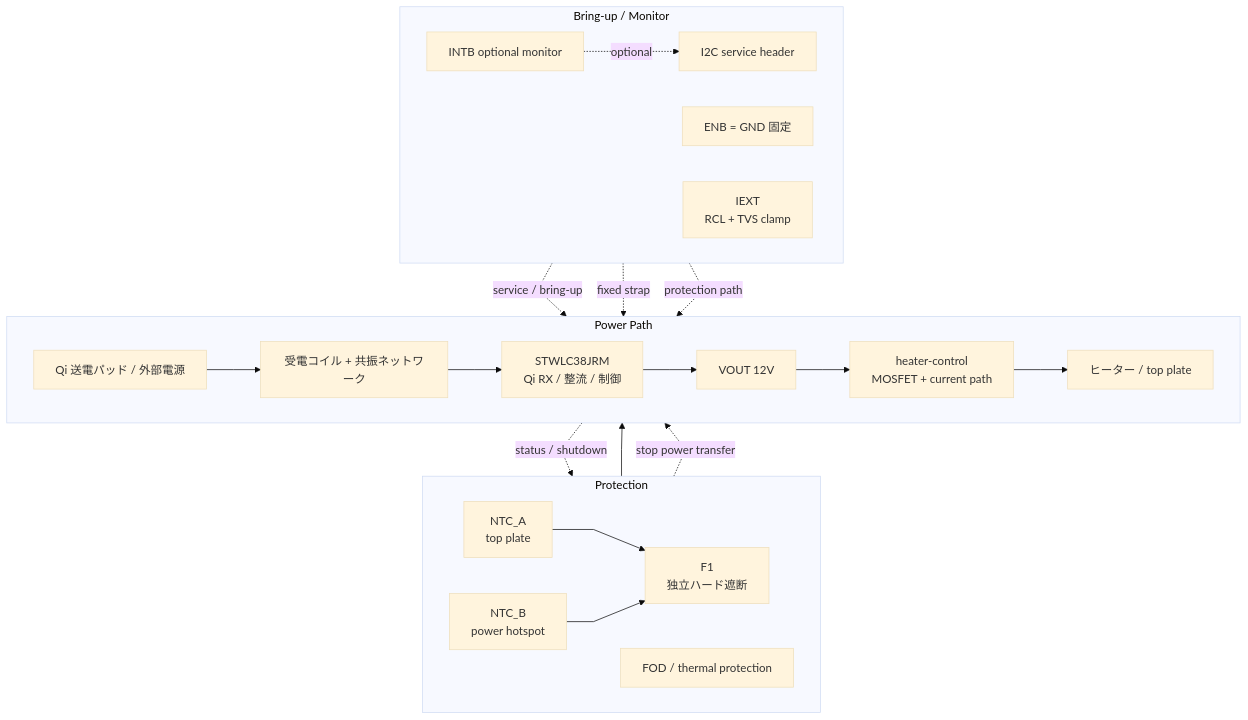
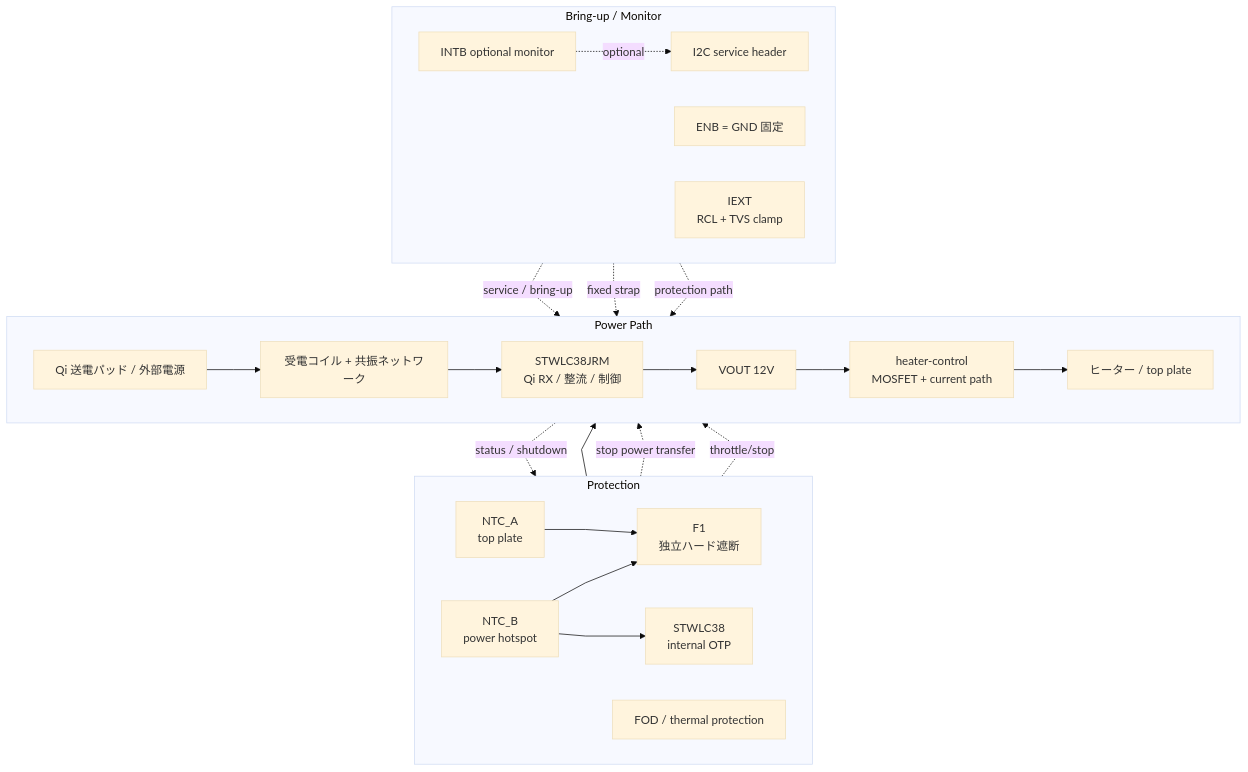
One commit to mash/cupwarmer changed the diagram in docs/design-notes.md. Above: the diagram before and after it, drawn with Mermaid (base theme). The commit also changed other lines of this file and 3 other files, not shown here.

First line of the commit message:
Tie TH2 to RX_NTC for STWLC38 internal OTP coverage

````diff
--- a/docs/design-notes.md
+++ b/docs/design-notes.md
@@ -61,47 +61,50 @@
 ```mermaid
 %%{init: {'flowchart': {'curve': 'linear'}}}%%
 flowchart TB
     subgraph POWER[Power Path]
         direction LR
         TX[Qi 送電パッド / 外部電源]
         COIL[受電コイル + 共振ネットワーク]
         RX[STWLC38JRM<br/>Qi RX / 整流 / 制御]
         VOUT[VOUT 12V]
         GATE[heater-control<br/>MOSFET + current path]
         HEATER[ヒーター / top plate]
 
         TX --> COIL
         COIL --> RX
         RX --> VOUT
         VOUT --> GATE
         GATE --> HEATER
     end
 
     subgraph PROTECT[Protection]
         direction LR
         NTCA[NTC_A<br/>top plate]
         NTCB[NTC_B<br/>power hotspot]
         F1[F1<br/>独立ハード遮断]
         FOD[FOD / thermal protection]
+        OTP[STWLC38<br/>internal OTP]
 
         NTCA --> F1
         NTCB --> F1
+        NTCB --> OTP
     end
 
     subgraph SERVICE[Bring-up / Monitor]
         direction LR
         I2C[I2C service header]
         INTB[INTB optional monitor]
         ENB[ENB = GND 固定]
         IEXT[IEXT<br/>RCL + TVS clamp]
 
         INTB -. optional .-> I2C
     end
 
     F1 --> GATE
     I2C -. service / bring-up .-> RX
     ENB -. fixed strap .-> RX
     IEXT -. protection path .-> RX
     RX -. status / shutdown .-> FOD
     FOD -. stop power transfer .-> TX
+    OTP -. throttle/stop .-> RX
 ```
````
